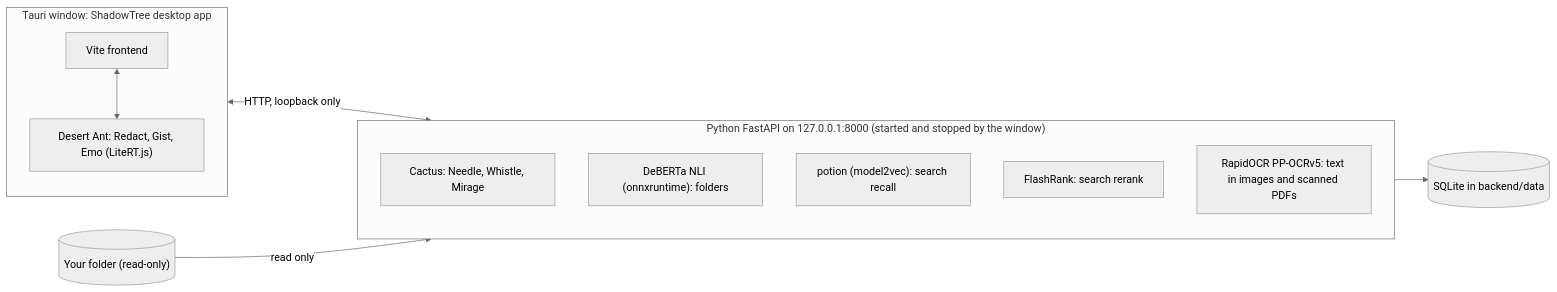
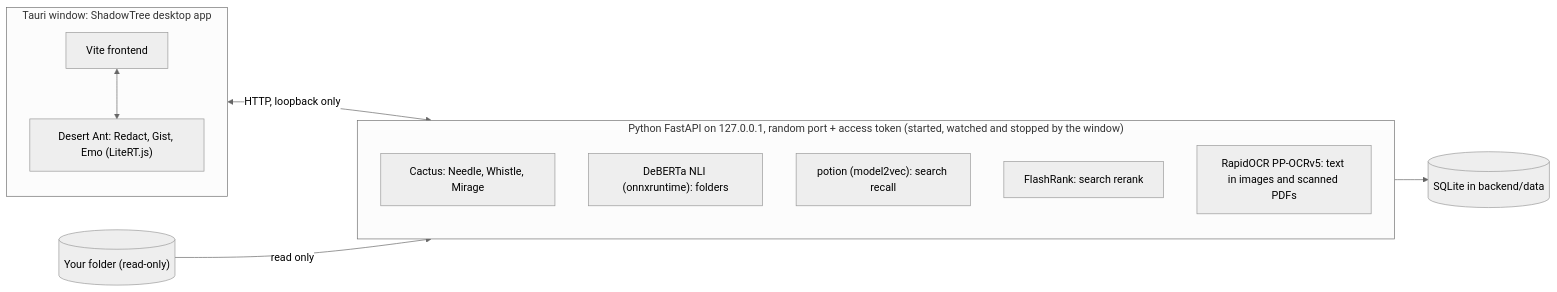
Before and after one commit to Prabodh1231/ShadowTree: the diagram in README.md, drawn with Mermaid (neutral theme). The commit also changed other lines of this file and 28 other files, not shown here.

````diff
--- a/README.md
+++ b/README.md
@@ -28,20 +28,20 @@
 ```mermaid
 flowchart LR
   subgraph App["Tauri window: ShadowTree desktop app"]
     UI["Vite frontend"]
     DA["Desert Ant: Redact, Gist, Emo (LiteRT.js)"]
     UI <--> DA
   end
-  subgraph Backend["Python FastAPI on 127.0.0.1:8000 (started and stopped by the window)"]
+  subgraph Backend["Python FastAPI on 127.0.0.1, random port + access token (started, watched and stopped by the window)"]
     CA["Cactus: Needle, Whistle, Mirage"]
     NLI["DeBERTa NLI (onnxruntime): folders"]
     POT["potion (model2vec): search recall"]
     FR["FlashRank: search rerank"]
     OCR["RapidOCR PP-OCRv5: text in images and scanned PDFs"]
   end
   DB[("SQLite in backend/data")]
   Disk[("Your folder (read-only)")]
   App <-->|"HTTP, loopback only"| Backend
   Backend --> DB
   Disk -->|"read only"| Backend
 ```
````
